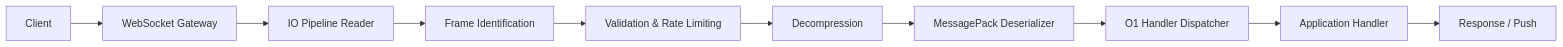
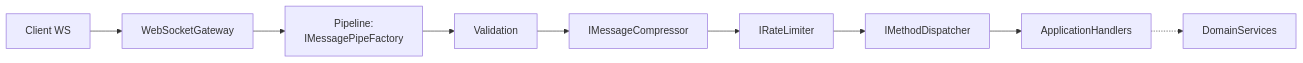
One commit to abanoubsamer/ChatSystem changed the third of 6 diagrams in docs/architecture-improvements.md. Above: the diagram before and after it, drawn with Mermaid. The commit also changed other lines of this file, not shown here.

````diff
--- a/docs/architecture-improvements.md
+++ b/docs/architecture-improvements.md
@@ -119,12 +71,15 @@
 ```mermaid
 flowchart LR
-    Client --> WS[WebSocket Gateway]
-    WS --> Pipeline[IO Pipeline Reader]
-    Pipeline --> Frame[Frame Identification]
-    Frame --> Validation[Validation & Rate Limiting]
-    Validation --> Decomp[Decompression]
-    Decomp --> Deser[MessagePack Deserializer]
-    Deser --> Dispatch[O1 Handler Dispatcher]
-    Dispatch --> Handler[Application Handler]
-    Handler --> Response[Response / Push]
+    Client[Client WS]
+    Gateway[WebSocketGateway]
+    Pipe[Pipeline:<br/>IMessagePipeFactory]
+    Validate[Validation]
+    Decompress[IMessageCompressor]
+    RateLimit[IRateLimiter]
+    Dispatch[IMethodDispatcher]
+    Handler[ApplicationHandlers]
+    
+    Client --> Gateway --> Pipe --> Validate --> Decompress --> RateLimit --> Dispatch --> Handler
+    
+    Handler -.-> Domain[DomainServices]
 ```
````
